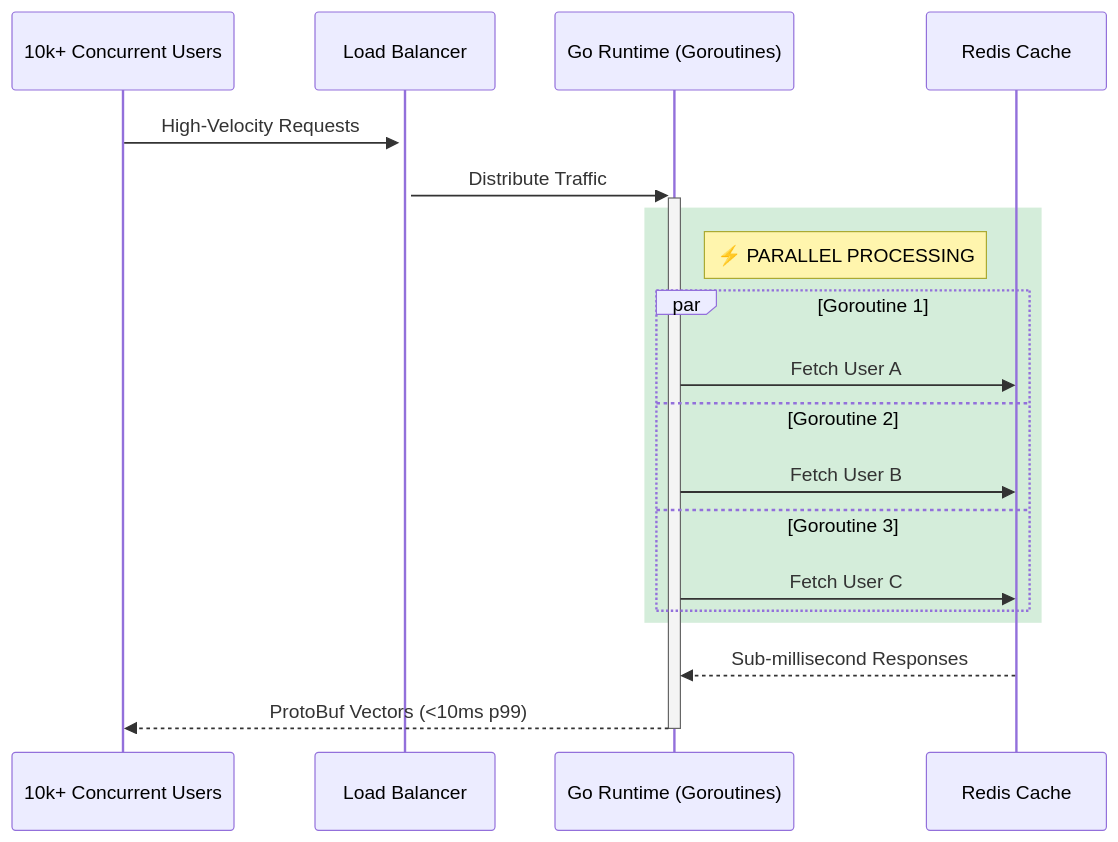
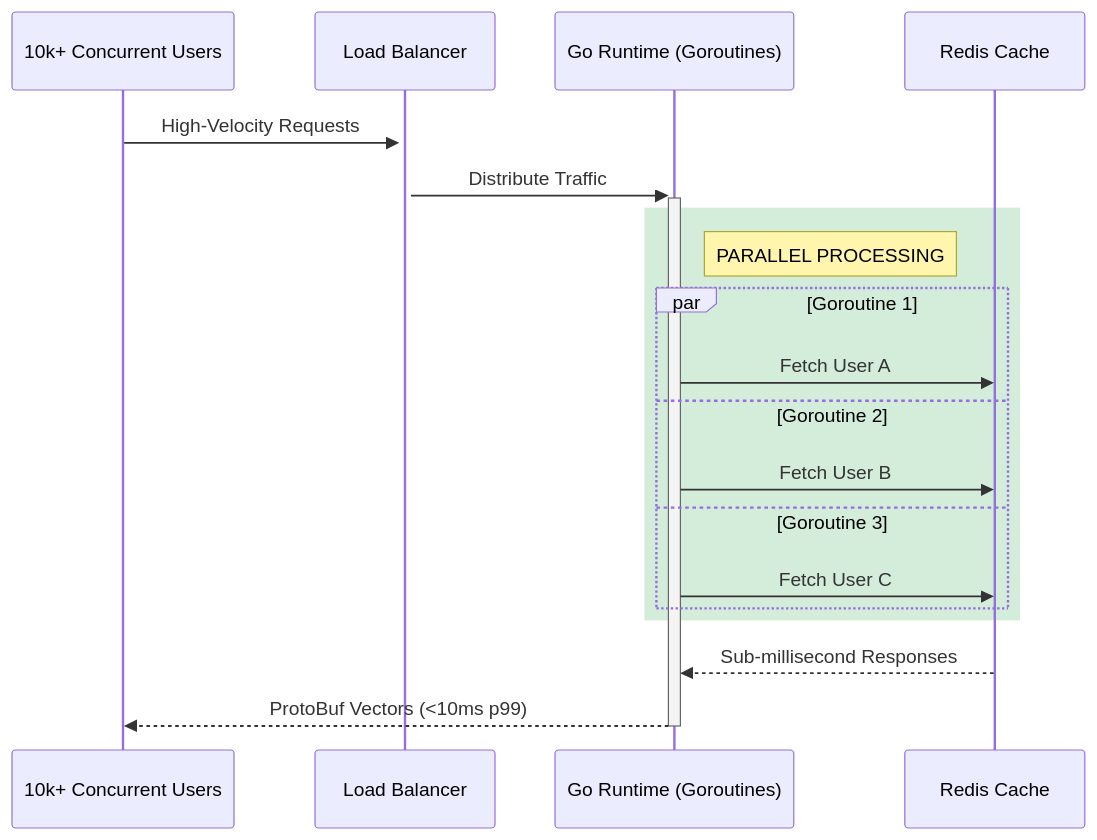
One commit to SalmaTech-03/kairos-platform changed the second of 3 diagrams in README.md. Above: the diagram before and after it, drawn with Mermaid. The commit also changed other lines of this file, not shown here.

````diff
--- a/README.md
+++ b/README.md
@@ -60,24 +71,24 @@
 ```mermaid
 sequenceDiagram
     participant Clients as 10k+ Concurrent Users
     participant LB as Load Balancer
     participant Go as Go Runtime (Goroutines)
     participant Redis as Redis Cache
 
     Clients->>+LB: High-Velocity Requests
     LB->>+Go: Distribute Traffic
     
     rect rgb(212, 237, 218)
-        Note right of Go: ⚡ PARALLEL PROCESSING
+        Note right of Go: PARALLEL PROCESSING
         par Goroutine 1
             Go->>Redis: Fetch User A
         and Goroutine 2
             Go->>Redis: Fetch User B
         and Goroutine 3
             Go->>Redis: Fetch User C
         end
     end
 
     Redis-->>Go: Sub-millisecond Responses
     Go-->>-Clients: ProtoBuf Vectors (<10ms p99)
 ```
````
